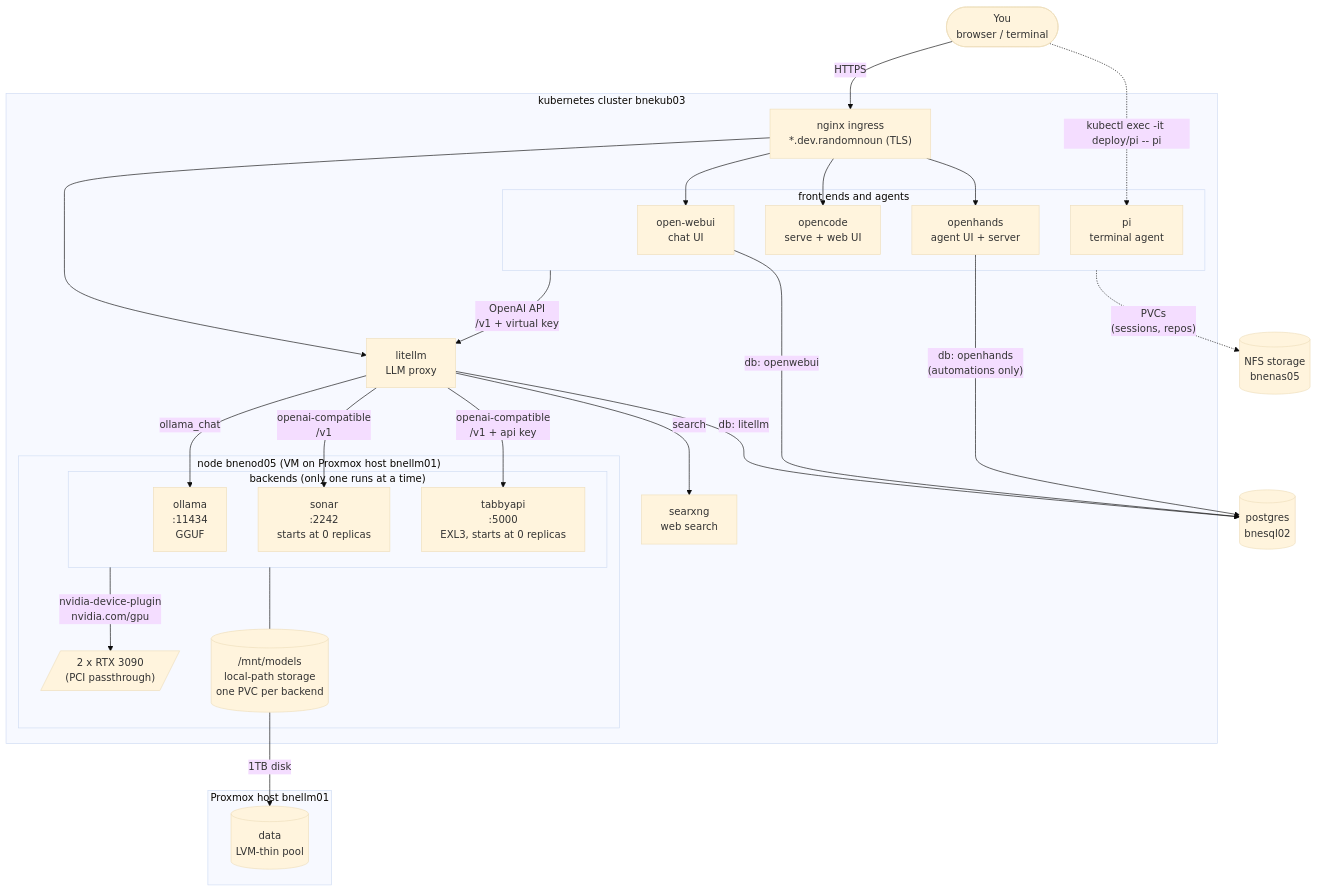
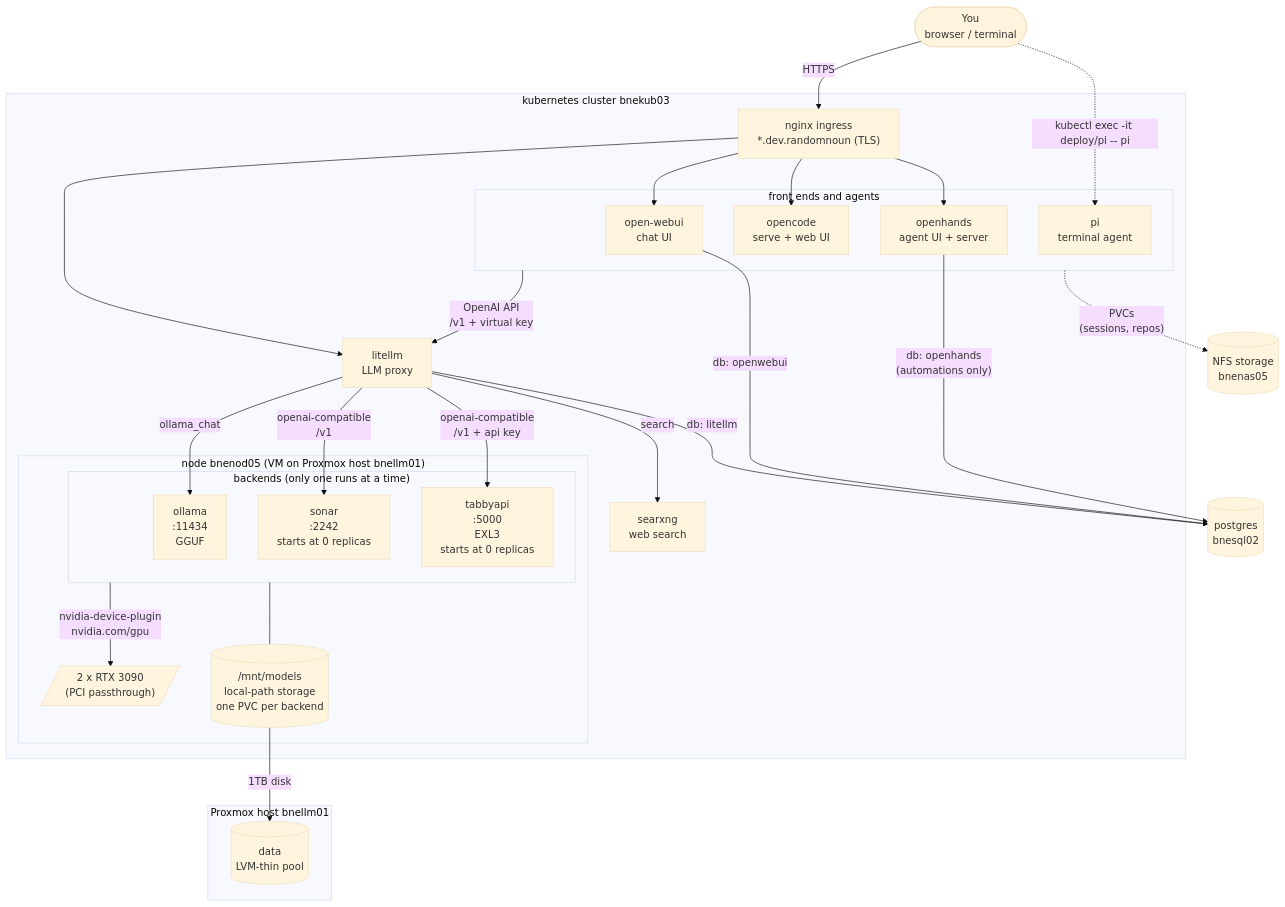
One commit to randomnoun/bookcase-ops changed the diagram in setup/SETUP-LLM.md. Above: the diagram before and after it, drawn with Mermaid (base theme). The commit also changed other lines of this file and 1 other file, not shown here.

````diff
--- a/setup/SETUP-LLM.md
+++ b/setup/SETUP-LLM.md
@@ -7,58 +7,58 @@
 ```mermaid
 flowchart TB
     user(["You<br/>browser / terminal"])
 
     subgraph k8s ["kubernetes cluster bnekub03"]
         ingress["nginx ingress<br/>*.dev.randomnoun (TLS)"]
 
         subgraph agents ["front ends and agents"]
             openwebui["open-webui<br/>chat UI"]
             opencode["opencode<br/>serve + web UI"]
             openhands["openhands<br/>agent UI + server"]
             pi["pi<br/>terminal agent"]
         end
 
         litellm["litellm<br/>LLM proxy"]
         searxng["searxng<br/>web search"]
 
         subgraph bnenod05 ["node bnenod05 (VM on Proxmox host bnellm01)"]
             subgraph backends ["backends (only one runs at a time)"]
                 ollama["ollama<br/>:11434<br/>GGUF"]
                 sonar["sonar<br/>:2242<br/>starts at 0 replicas"]
-                tabbyapi["tabbyapi<br/>:5000<br/>EXL3, starts at 0 replicas"]
+                tabbyapi["tabbyapi<br/>:5000<br/>EXL3<br/>starts at 0 replicas"]
             end
             gpus[/"2 x RTX 3090<br/>(PCI passthrough)"/]
             models[("/mnt/models<br/>local-path storage<br/>one PVC per backend")]
         end
     end
 
     subgraph bnellm01 ["Proxmox host bnellm01"]
         thin[("data<br/>LVM-thin pool")]
     end
 
     pg[("postgres<br/>bnesql02")]
     nfs[("NFS storage<br/>bnenas05")]
 
     user -->|HTTPS| ingress
     user -.->|"kubectl exec -it deploy/pi -- pi"| pi
 
     ingress --> openwebui
     ingress --> opencode
     ingress --> openhands
     ingress --> litellm
 
     agents -->|"OpenAI API<br/>/v1 + virtual key"| litellm
     litellm -->|"ollama_chat"| ollama
     litellm -->|"openai-compatible<br/>/v1"| sonar
     litellm -->|"openai-compatible<br/>/v1 + api key"| tabbyapi
     litellm -->|"search"| searxng
     backends -->|"nvidia-device-plugin<br/>nvidia.com/gpu"| gpus
     backends --- models
     models -->|"1TB disk"| thin
 
     litellm -->|"db: litellm"| pg
     openwebui -->|"db: openwebui"| pg
     openhands -->|"db: openhands<br/>(automations only)"| pg
 
     agents -.->|"PVCs<br/>(sessions, repos)"| nfs
 ```
````
